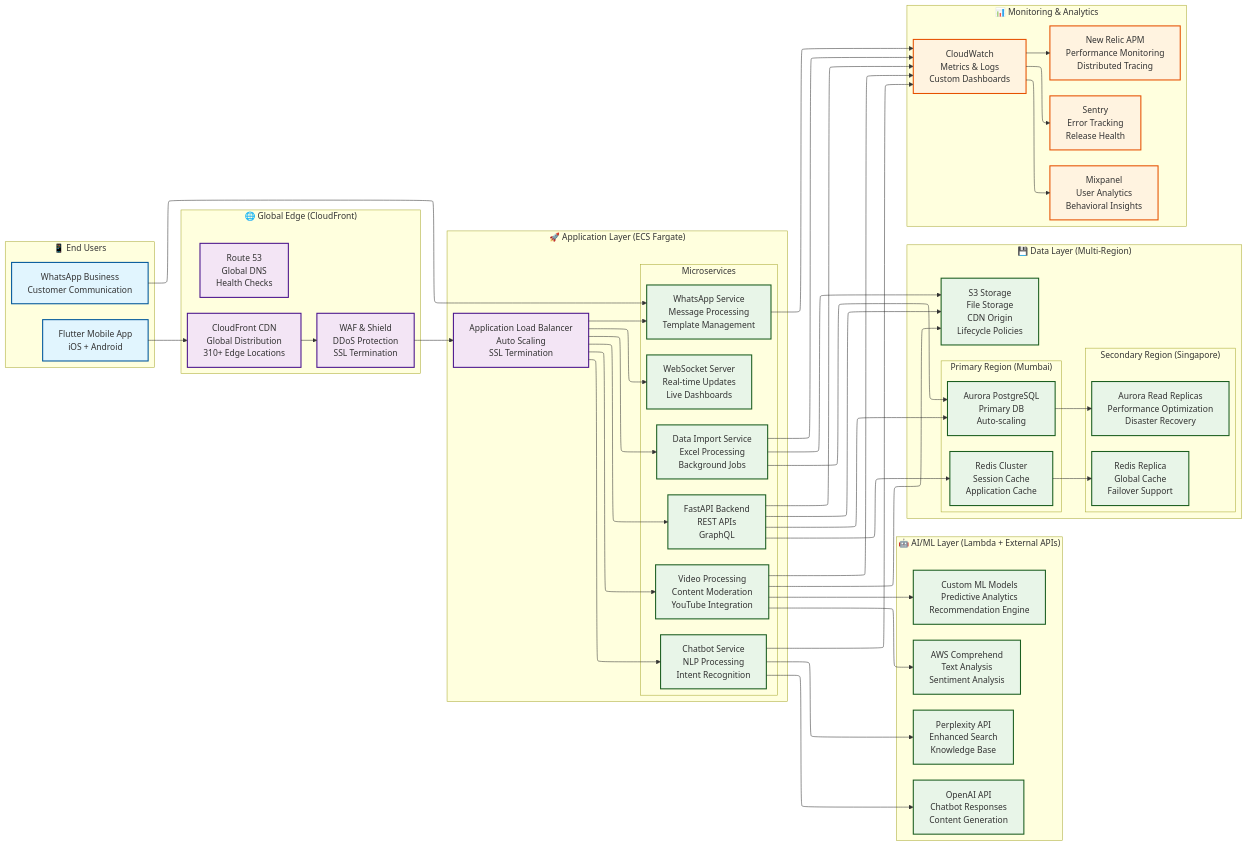
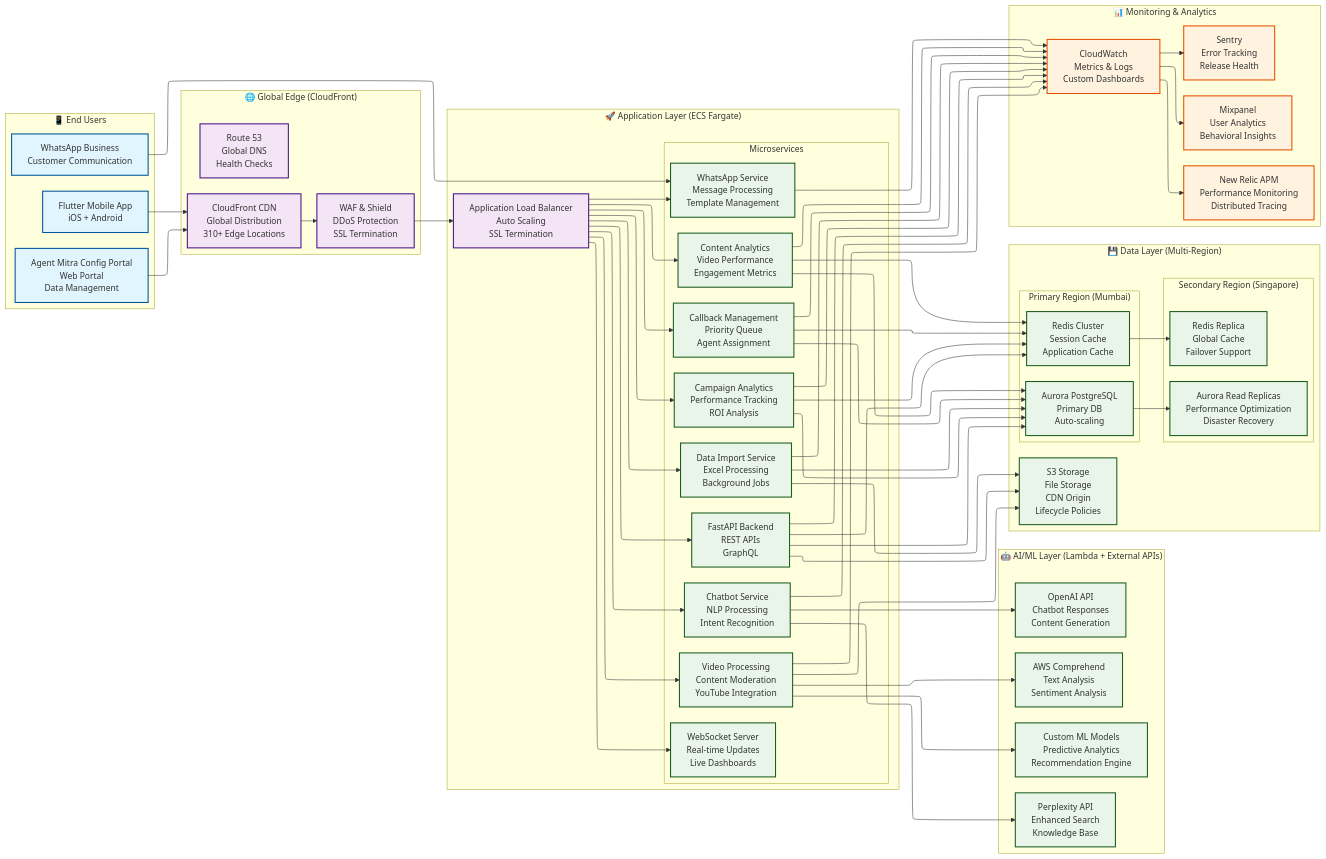
One commit to manizvlabs/agentmitra changed the first of 11 diagrams in discovery/deployment/deployment-design.md. Above: the diagram before and after it, drawn with Mermaid. The commit also changed other lines of this file and 6 other files, not shown here.

First line of the commit message:
feat: integrate Agent Configuration Portal and enhance customer onboarding

```diff
--- a/discovery/deployment/deployment-design.md
+++ b/discovery/deployment/deployment-design.md
@@ -48,6 +48,7 @@
 flowchart LR
  subgraph subGraph0["📱 End Users"]
         Mobile["Flutter Mobile App<br>iOS + Android"]
+        Portal["Agent Mitra Config Portal<br>Web Portal<br>Data Management"]
         WhatsApp["WhatsApp Business<br>Customer Communication"]
   end
  subgraph subGraph1["🌐 Global Edge (CloudFront)"]
@@ -61,6 +62,9 @@
         WhatsAppSvc["WhatsApp Service<br>Message Processing<br>Template Management"]
         VideoSvc["Video Processing<br>Content Moderation<br>YouTube Integration"]
         DataImportSvc["Data Import Service<br>Excel Processing<br>Background Jobs"]
+        CallbackSvc["Callback Management<br>Priority Queue<br>Agent Assignment"]
+        CampaignSvc["Campaign Analytics<br>Performance Tracking<br>ROI Analysis"]
+        ContentSvc["Content Analytics<br>Video Performance<br>Engagement Metrics"]
         RealtimeSvc["WebSocket Server<br>Real-time Updates<br>Live Dashboards"]
   end
  subgraph subGraph3["🚀 Application Layer (ECS Fargate)"]
@@ -93,19 +97,24 @@
         Mixpanel["Mixpanel<br>User Analytics<br>Behavioral Insights"]
   end
     Mobile --> CDN
+    Portal --> CDN
     WhatsApp --> WhatsAppSvc
     CDN --> WAF
     WAF --> ALB
-    ALB --> API & Chatbot & WhatsAppSvc & VideoSvc & DataImportSvc & RealtimeSvc
+    ALB --> API & Chatbot & WhatsAppSvc & VideoSvc & DataImportSvc & CallbackSvc & CampaignSvc & ContentSvc & RealtimeSvc
     API --> AuroraPrimary & RedisPrimary & S3 & CloudWatch
     Chatbot --> OpenAI & Perplexity & CloudWatch
     VideoSvc --> AWSComprehend & CustomML & S3 & CloudWatch
     DataImportSvc --> AuroraPrimary & S3 & CloudWatch
+    CallbackSvc --> AuroraPrimary & RedisPrimary & CloudWatch
+    CampaignSvc --> AuroraPrimary & RedisPrimary & CloudWatch
+    ContentSvc --> AuroraPrimary & RedisPrimary & CloudWatch
     AuroraPrimary --> AuroraReplica
     RedisPrimary --> RedisReplica
     WhatsAppSvc --> CloudWatch
     CloudWatch --> NewRelic & Sentry & Mixpanel
      Mobile:::primary
+     Portal:::primary
      WhatsApp:::primary
      CDN:::secondary
      WAF:::secondary
@@ -115,6 +124,9 @@
      WhatsAppSvc:::infra
      VideoSvc:::infra
      DataImportSvc:::infra
+     CallbackSvc:::infra
+     CampaignSvc:::infra
+     ContentSvc:::infra
      RealtimeSvc:::infra
      ALB:::secondary
      OpenAI:::infra
```
